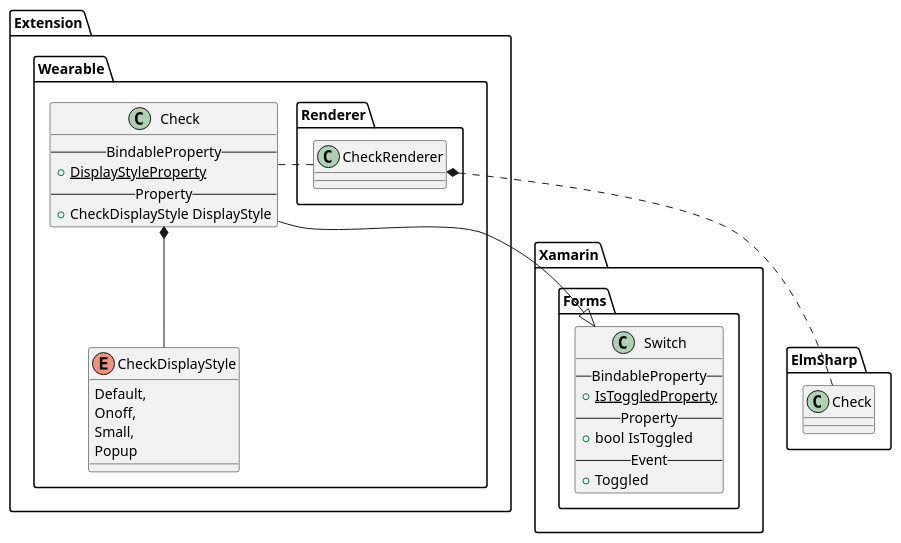
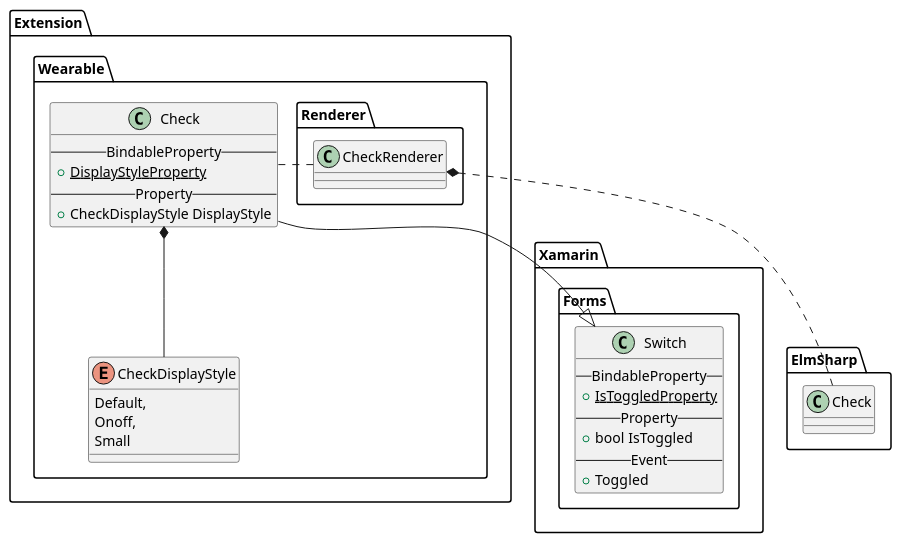
One commit to Samsung/Tizen.CircularUI changed the third of 3 diagrams in doc/design/uml/Etc.wsd. Above: the diagram before and after it, drawn with PlantUML. The commit also changed other lines of this file and 8 other files, not shown here.

```diff
--- a/doc/design/uml/Etc.wsd
+++ b/doc/design/uml/Etc.wsd
@@ -78,45 +77,44 @@
 @startuml Check.png
 
 package "Xamarin.Forms" {
     class Switch{
         --BindableProperty--
         {static} +IsToggledProperty
         --Property--
         +bool IsToggled
         --Event--
         +Toggled
     }
 }
 
 package "Extension.Wearable" {
    class Check {
         --BindableProperty--
         {static} +DisplayStyleProperty
         --Property--
         +CheckDisplayStyle DisplayStyle
     }
 
     enum CheckDisplayStyle {
       Default,
       Onoff,
-      Small,
-      Popup
+      Small
     }
 
     Check *-d- CheckDisplayStyle
     Check --|> Switch
 }
 
 
 
 package "Extension.Wearable.Renderer" { 
     class CheckRenderer
     CheckRenderer .l. Check
 }
 
 package "ElmSharp" {
     class Check
 }
 
 CheckRenderer *.. ElmSharp.Check
 @enduml
```
